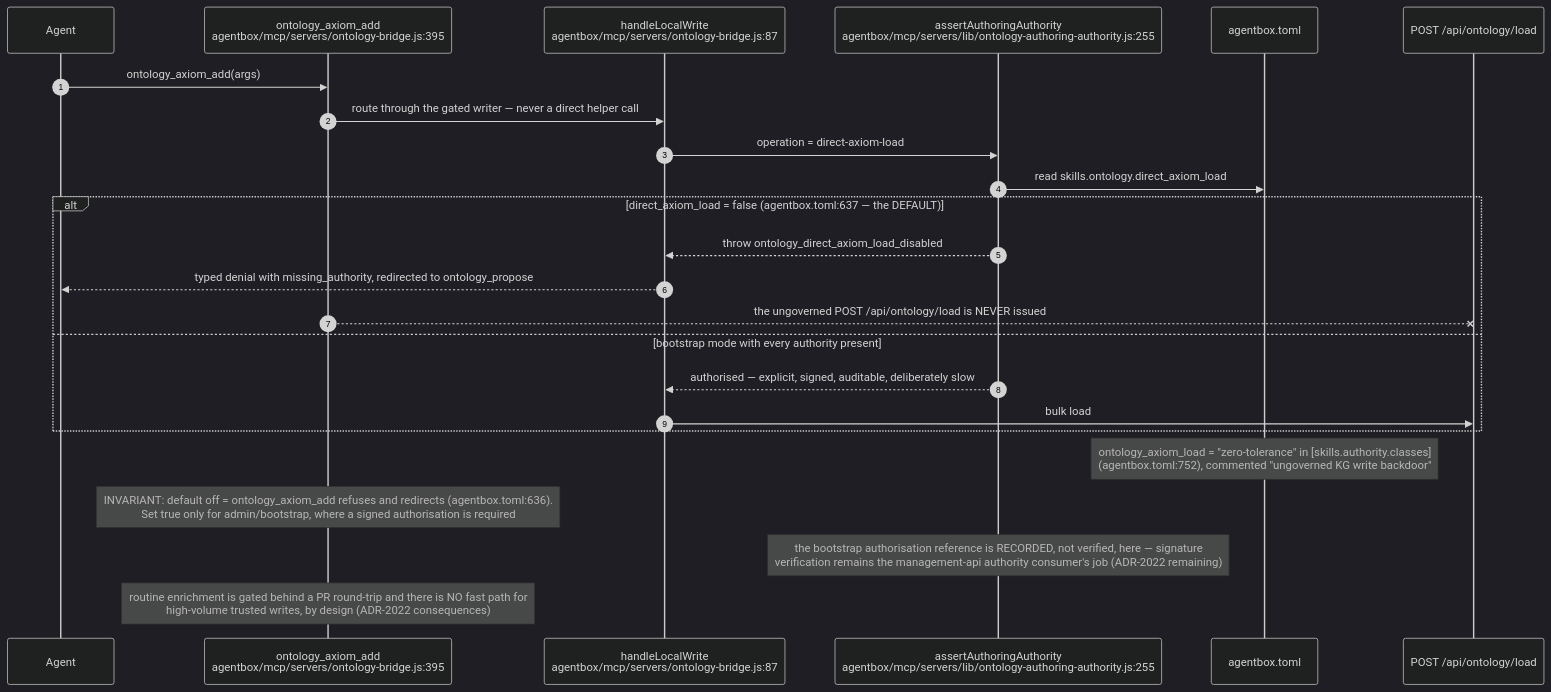
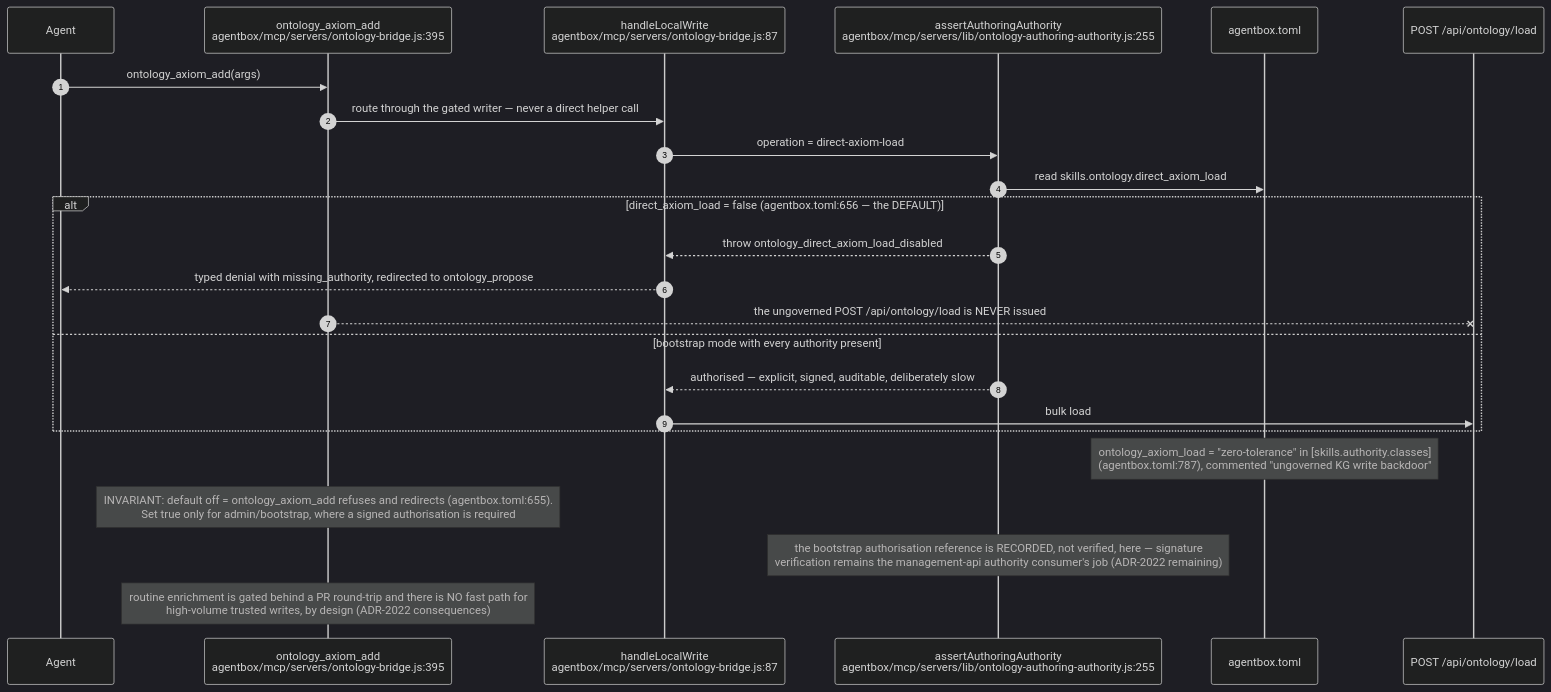
One commit to DreamLab-AI/AR-AI-Knowledge-Graph changed the sixth of 10 diagrams in docs/diagrams/agentbox/25-ontology-tools-and-governed-writes.md. Above: the diagram before and after it, drawn with Mermaid (dark theme). The commit also changed other lines of this file and 73 other files, not shown here.

First line of the commit message:
docs(diagrams): re-verify all 71 topic files against HEAD; add --cite-check

````diff
--- a/docs/diagrams/agentbox/25-ontology-tools-and-governed-writes.md
+++ b/docs/diagrams/agentbox/25-ontology-tools-and-governed-writes.md
@@ -268,27 +268,27 @@
 ```mermaid
 sequenceDiagram
     autonumber
     participant AG as Agent
     participant BR as ontology_axiom_add<br/>agentbox/mcp/servers/ontology-bridge.js:395
     participant HW as handleLocalWrite<br/>agentbox/mcp/servers/ontology-bridge.js:87
     participant GATE as assertAuthoringAuthority<br/>agentbox/mcp/servers/lib/ontology-authoring-authority.js:255
     participant MAN as agentbox.toml
     participant LOAD as POST /api/ontology/load
 
     AG->>BR: ontology_axiom_add(args)
     BR->>HW: route through the gated writer — never a direct helper call
     HW->>GATE: operation = direct-axiom-load
     GATE->>MAN: read skills.ontology.direct_axiom_load
-    alt direct_axiom_load = false (agentbox.toml:637 — the DEFAULT)
+    alt direct_axiom_load = false (agentbox.toml:656 — the DEFAULT)
         GATE-->>HW: throw ontology_direct_axiom_load_disabled
         HW-->>AG: typed denial with missing_authority, redirected to ontology_propose
         BR--xLOAD: the ungoverned POST /api/ontology/load is NEVER issued
     else bootstrap mode with every authority present
         GATE-->>HW: authorised — explicit, signed, auditable, deliberately slow
         HW->>LOAD: bulk load
     end
-    Note over MAN: ontology_axiom_load = "zero-tolerance" in [skills.authority.classes]<br/>(agentbox.toml:752), commented "ungoverned KG write backdoor"
-    Note over BR: INVARIANT: default off = ontology_axiom_add refuses and redirects (agentbox.toml:636).<br/>Set true only for admin/bootstrap, where a signed authorisation is required
+    Note over MAN: ontology_axiom_load = "zero-tolerance" in [skills.authority.classes]<br/>(agentbox.toml:787), commented "ungoverned KG write backdoor"
+    Note over BR: INVARIANT: default off = ontology_axiom_add refuses and redirects (agentbox.toml:655).<br/>Set true only for admin/bootstrap, where a signed authorisation is required
     Note over GATE: the bootstrap authorisation reference is RECORDED, not verified, here — signature<br/>verification remains the management-api authority consumer's job (ADR-2022 remaining)
     Note over BR: routine enrichment is gated behind a PR round-trip and there is NO fast path for<br/>high-volume trusted writes, by design (ADR-2022 consequences)
 ```
````
